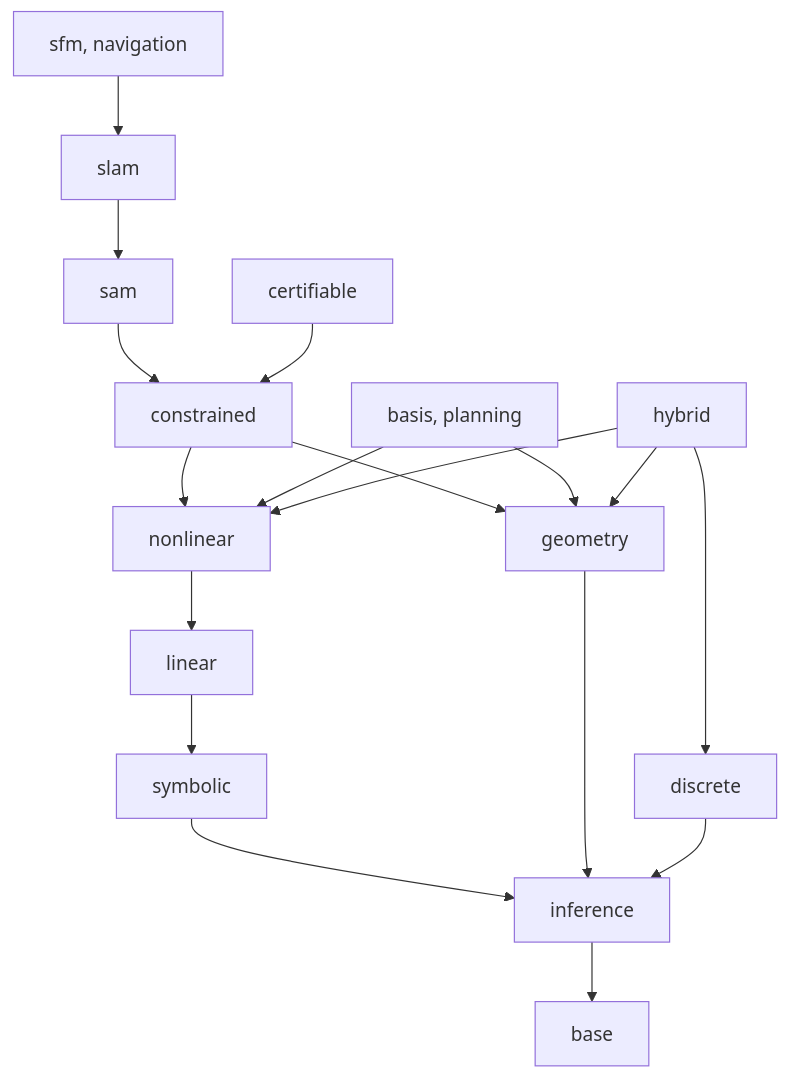
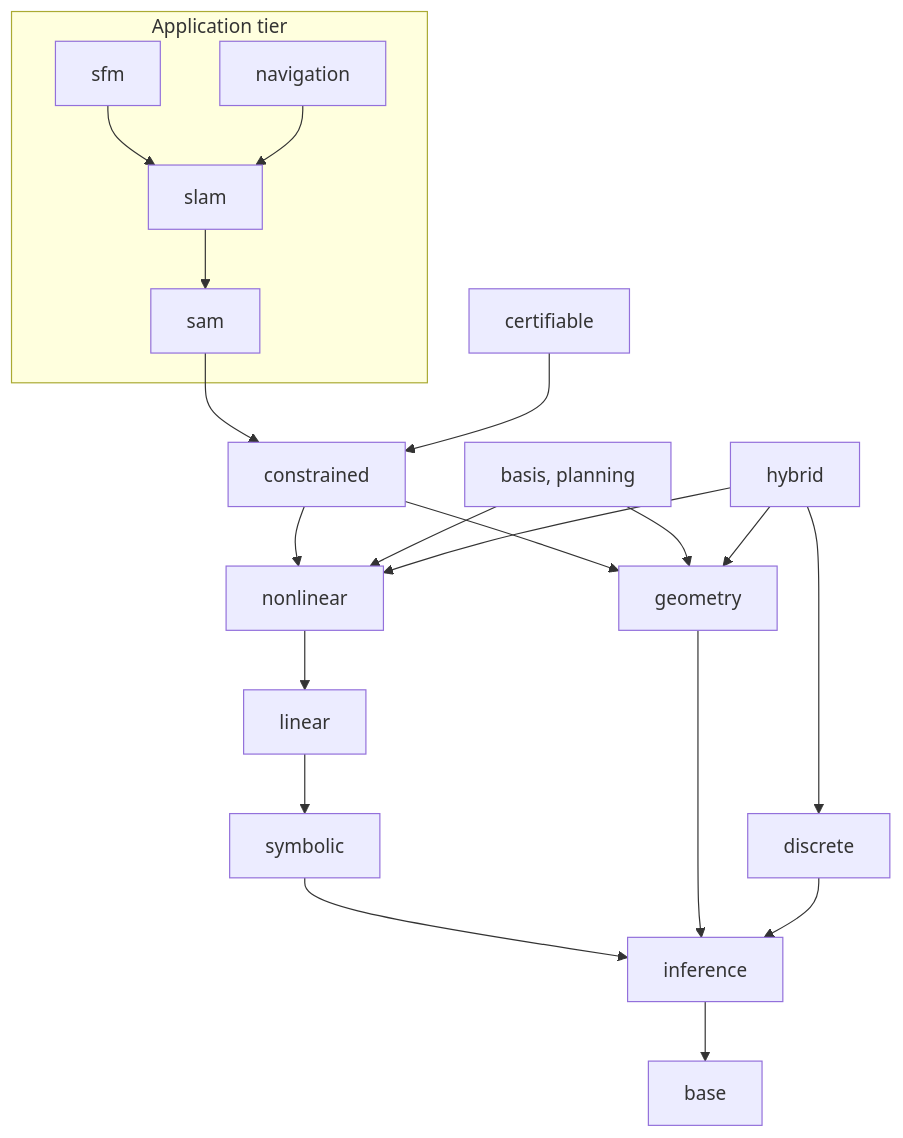
The diagram in ARCHITECTURE.md (borglab/gtsam), drawn with Mermaid before and after one commit. The commit also changed other lines of this file, not shown here.

Commit message:
Group the application modules in the architecture diagram

````diff
--- a/ARCHITECTURE.md
+++ b/ARCHITECTURE.md
@@ -44,20 +45,23 @@
 ```mermaid
 flowchart TD
-    SFM["sfm, navigation"] --> SLAM["slam"]
-    SLAM --> SAM["sam"]
+    subgraph APP["Application tier"]
+        SFM["sfm"] --> SLAM["slam"]
+        NAV["navigation"] --> SLAM
+        SLAM --> SAM["sam"]
+    end
     SAM --> CON["constrained"]
     CERT["certifiable"] --> CON
     CON --> NL["nonlinear"]
     CON --> GEO["geometry"]
     BP["basis, planning"] --> NL
     BP --> GEO
     HYB["hybrid"] --> NL
     HYB --> GEO
     HYB --> DIS["discrete"]
     NL --> LIN["linear"]
     LIN --> SYM["symbolic"]
     SYM --> INF["inference"]
     GEO --> INF
     DIS --> INF
     INF --> BASE["base"]
 ```
````
